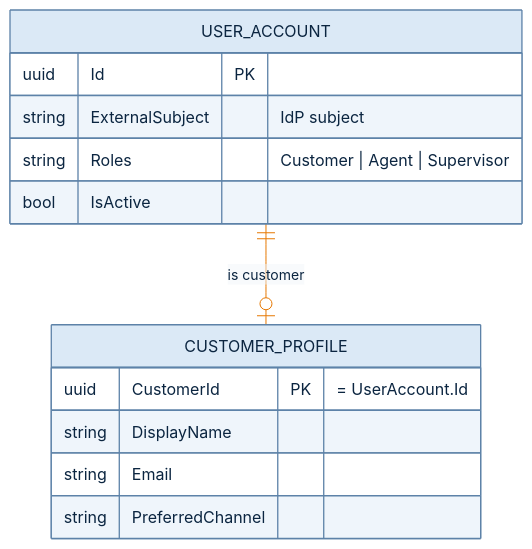
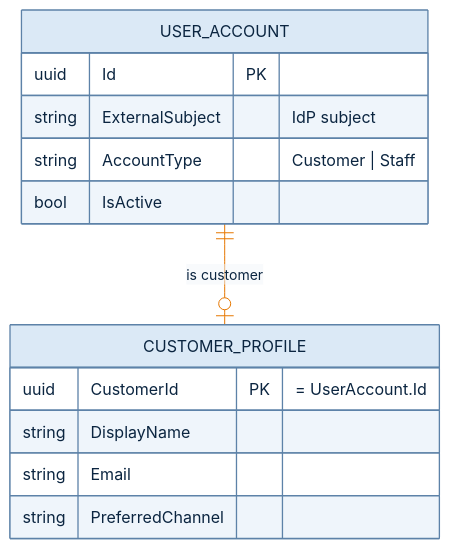
The fifth of 9 diagrams in docs/domain-model.md (iarel/SupportFlow), drawn with Mermaid before and after one commit. The commit also changed other lines of this file and 15 other files, not shown here.

````diff
--- a/docs/domain-model.md
+++ b/docs/domain-model.md
@@ -390,18 +394,18 @@
 ```mermaid
 %%{init: {"theme":"base","themeVariables":{"primaryColor":"#dbe9f6","primaryTextColor":"#0b2540","primaryBorderColor":"#5d82a8","lineColor":"#e67700","secondaryColor":"#dbe9f6","tertiaryColor":"#f1f5fa","clusterBkg":"#f1f5fa","clusterBorder":"#5d82a8","titleColor":"#0b4884","edgeLabelBackground":"#fff4e6","textColor":"#e67700","actorBkg":"#438dd5","actorTextColor":"#ffffff","actorBorder":"#2e6295","actorLineColor":"#e67700","signalColor":"#e67700","signalTextColor":"#e67700","labelBoxBkgColor":"#dbe9f6","labelBoxBorderColor":"#5d82a8","labelTextColor":"#0b2540","loopTextColor":"#e67700","noteBkgColor":"#fff4e6","noteTextColor":"#0b2540","noteBorderColor":"#e67700","activationBkgColor":"#dbe9f6","attributeBackgroundColorOdd":"#ffffff","attributeBackgroundColorEven":"#f1f5fa"}}}%%
 erDiagram
     USER_ACCOUNT ||--o| CUSTOMER_PROFILE : "is customer"
 
     USER_ACCOUNT {
         uuid Id PK
         string ExternalSubject "IdP subject"
-        string Roles "Customer | Agent | Supervisor"
+        string AccountType "Customer | Staff"
         bool IsActive
     }
     CUSTOMER_PROFILE {
         uuid CustomerId PK "= UserAccount.Id"
         string DisplayName
         string Email
         string PreferredChannel
     }
 ```
````
